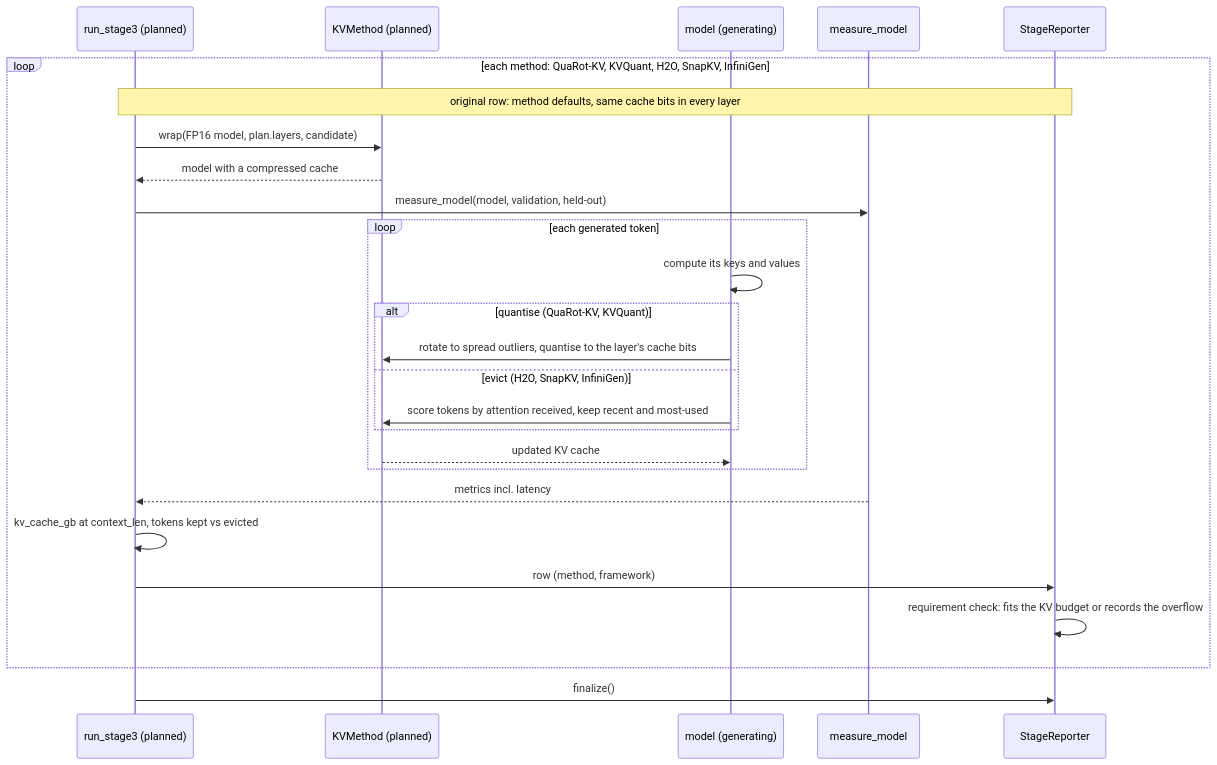
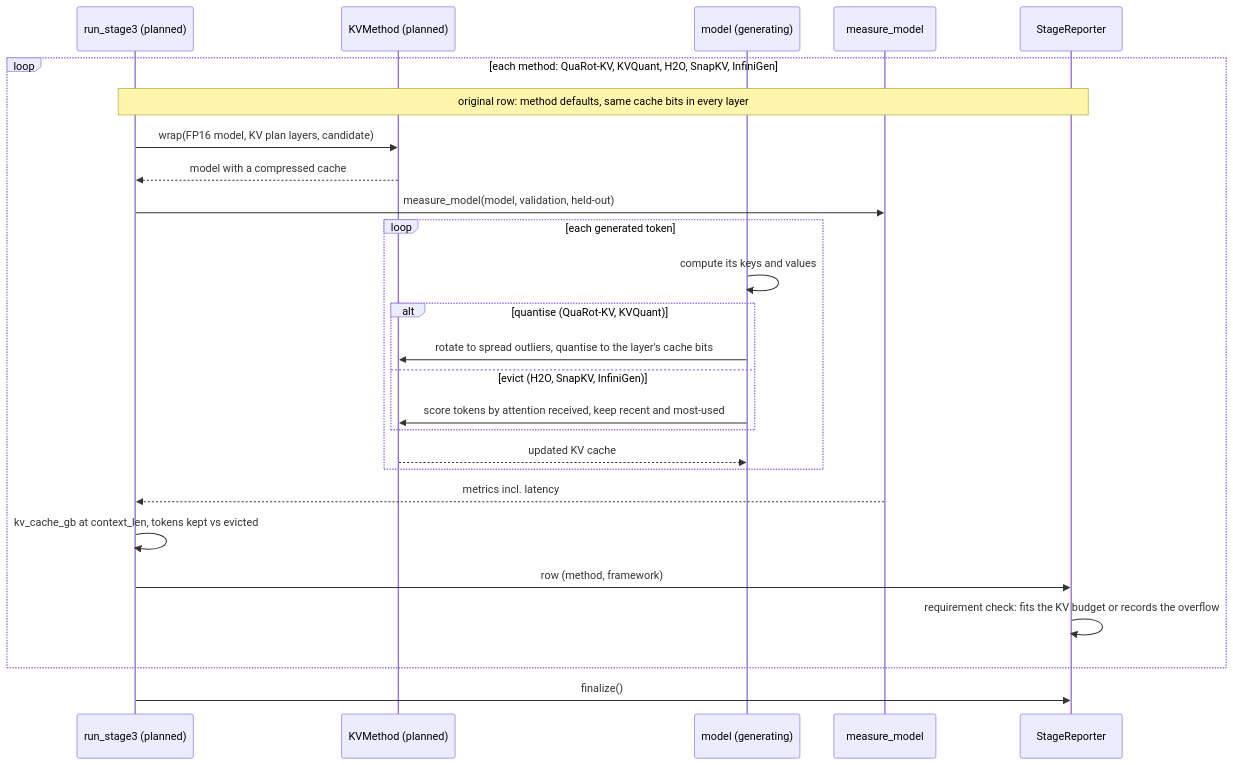
The second of 2 diagrams in docs/diagrams/stage3.md (hamuutpls/sensitivity-driven-framework), drawn with Mermaid before and after one commit. The commit also changed other lines of this file and 3 other files, not shown here.

First line of the commit message:
Diagrams: layer removal is the default score; draw the Stage 0 KV cache plan

````diff
--- a/docs/diagrams/stage3.md
+++ b/docs/diagrams/stage3.md
@@ -86,29 +87,29 @@
 ```mermaid
 sequenceDiagram
     participant R as run_stage3 (planned)
     participant K as KVMethod (planned)
     participant M as model (generating)
     participant E as measure_model
     participant Rep as StageReporter
 
     loop each method: QuaRot-KV, KVQuant, H2O, SnapKV, InfiniGen
         Note over R,Rep: original row: method defaults, same cache bits in every layer
-        R->>K: wrap(FP16 model, plan.layers, candidate)
+        R->>K: wrap(FP16 model, KV plan layers, candidate)
         K-->>R: model with a compressed cache
         R->>E: measure_model(model, validation, held-out)
         loop each generated token
             M->>M: compute its keys and values
             alt quantise (QuaRot-KV, KVQuant)
                 M->>K: rotate to spread outliers, quantise to the layer's cache bits
             else evict (H2O, SnapKV, InfiniGen)
                 M->>K: score tokens by attention received, keep recent and most-used
             end
             K-->>M: updated KV cache
         end
         E-->>R: metrics incl. latency
         R->>R: kv_cache_gb at context_len, tokens kept vs evicted
         R->>Rep: row (method, framework)
         Rep->>Rep: requirement check: fits the KV budget or records the overflow
     end
     R->>Rep: finalize()
 ```
````
